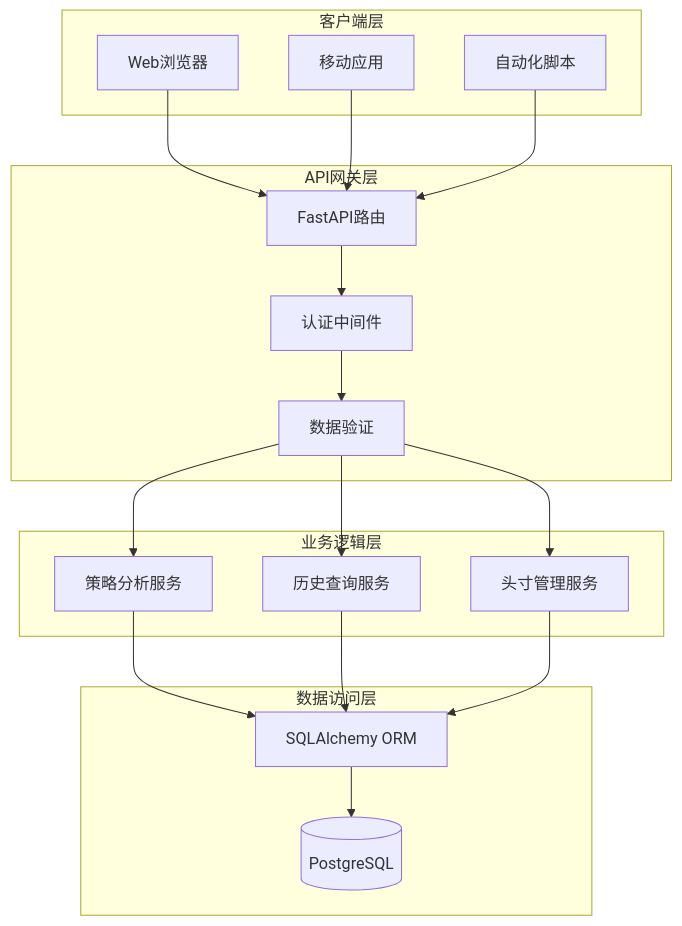
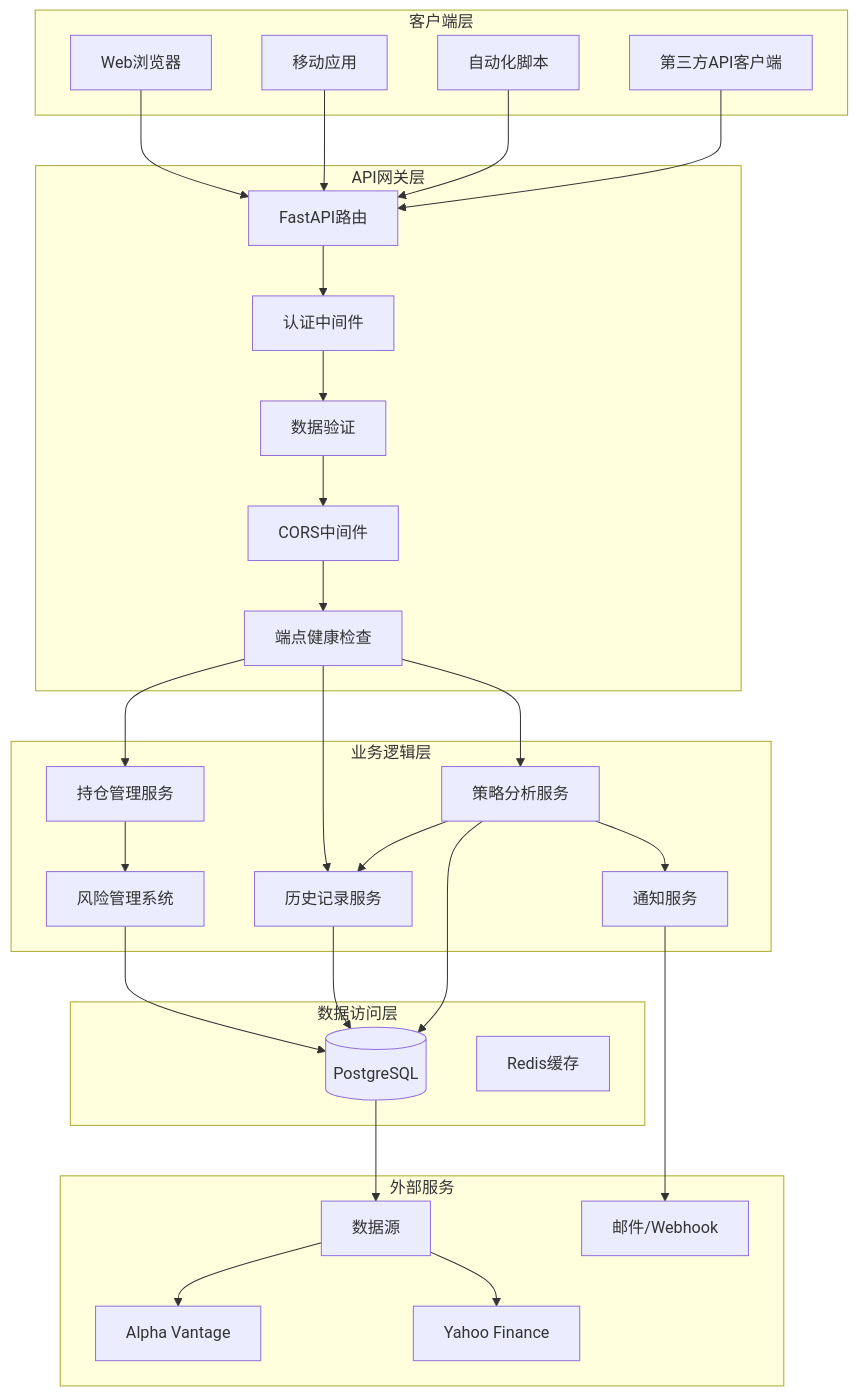
One commit to raymodny-ai/The-Modern-Turtle-Protocol changed the first of 8 diagrams in .qoder/repowiki/zh/content/API接口文档.md. Above: the diagram before and after it, drawn with Mermaid. The commit also changed other lines of this file and 15 other files, not shown here.

````diff
--- a/.qoder/repowiki/zh/content/API接口文档.md
+++ b/.qoder/repowiki/zh/content/API接口文档.md
@@ -123,34 +48,54 @@
 ```mermaid
 graph TD
 subgraph "客户端层"
 WEB[Web浏览器]
 MOBILE[移动应用]
 SCRIPTS[自动化脚本]
+API_CLIENTS[第三方API客户端]
 end
 subgraph "API网关层"
 ROUTER[FastAPI路由]
 AUTH[认证中间件]
 VALIDATION[数据验证]
+CORS[CORS中间件]
+ENDPOINT_HEALTH[端点健康检查]
 end
 subgraph "业务逻辑层"
-ANALYZE[策略分析服务]
-HISTORY[历史查询服务]
-POSITION[头寸管理服务]
+ANALYZE_SERVICE[策略分析服务]
+HISTORY_SERVICE[历史记录服务]
+POSITION_SERVICE[持仓管理服务]
+RISK_MANAGER[风险管理系统]
+NOTIFICATION_SERVICE[通知服务]
 end
 subgraph "数据访问层"
-ORM[SQLAlchemy ORM]
-DB[(PostgreSQL)]
+DATABASE[(PostgreSQL)]
+REDIS_CACHE[Redis缓存]
+end
+subgraph "外部服务"
+DATA_SOURCES[数据源]
+ALPHA_VANTAGE[Alpha Vantage]
+YAHOO_FINANCE[Yahoo Finance]
+NOTIFICATION[邮件/Webhook]
 end
 WEB --> ROUTER
 MOBILE --> ROUTER
 SCRIPTS --> ROUTER
+API_CLIENTS --> ROUTER
 ROUTER --> AUTH
 AUTH --> VALIDATION
-VALIDATION --> ANALYZE
-VALIDATION --> HISTORY
-VALIDATION --> POSITION
-ANALYZE --> ORM
-HISTORY --> ORM
-POSITION --> ORM
-ORM --> DB
+VALIDATION --> CORS
+CORS --> ENDPOINT_HEALTH
+ENDPOINT_HEALTH --> ANALYZE_SERVICE
+ENDPOINT_HEALTH --> HISTORY_SERVICE
+ENDPOINT_HEALTH --> POSITION_SERVICE
+ANALYZE_SERVICE --> HISTORY_SERVICE
+ANALYZE_SERVICE --> NOTIFICATION_SERVICE
+POSITION_SERVICE --> RISK_MANAGER
+RISK_MANAGER --> DATABASE
+HISTORY_SERVICE --> DATABASE
+ANALYZE_SERVICE --> DATABASE
+DATABASE --> DATA_SOURCES
+DATA_SOURCES --> YAHOO_FINANCE
+DATA_SOURCES --> ALPHA_VANTAGE
+NOTIFICATION_SERVICE --> NOTIFICATION
 ```
````
